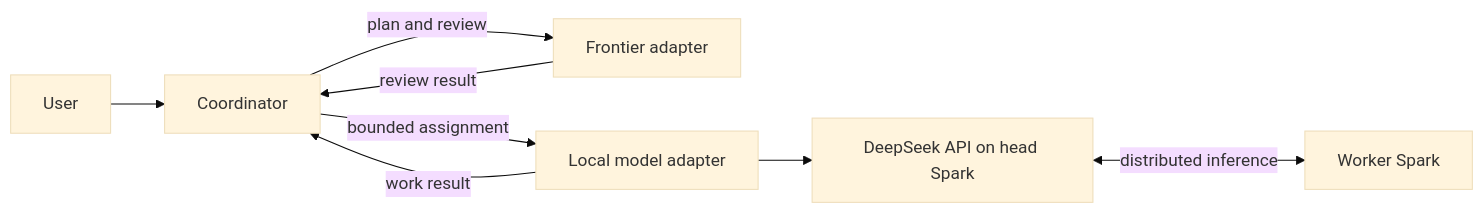
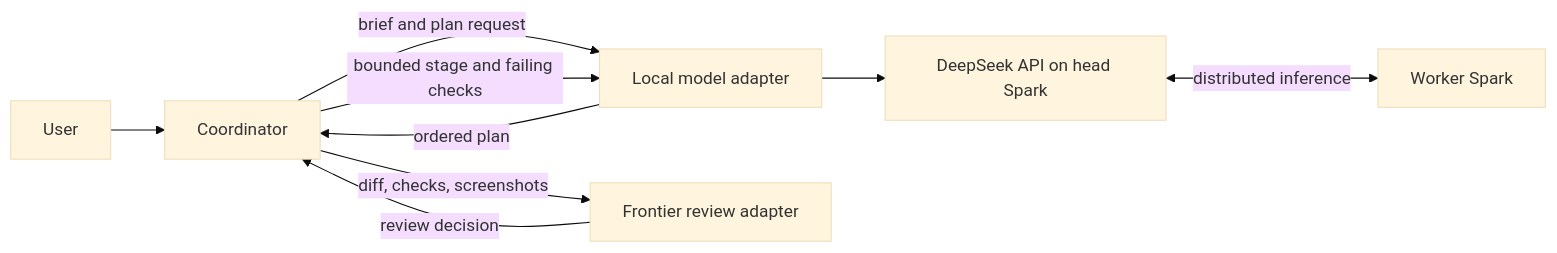
The diagram in docs/PRODUCT_CONTEXT.md (TanujBuilds/Frontier-Orchestration), drawn with Mermaid (base theme) before and after one commit. The commit also changed other lines of this file and 22 other files, not shown here.

First line of the commit message:
Restrict Codex to review: DeepSeek plans, checks gate every review call

````diff
--- a/docs/PRODUCT_CONTEXT.md
+++ b/docs/PRODUCT_CONTEXT.md
@@ -20,10 +20,11 @@
 ```mermaid
 flowchart LR
   User --> Coordinator
-  Coordinator -->|plan and review| Frontier[Frontier adapter]
-  Coordinator -->|bounded assignment| Local[Local model adapter]
+  Coordinator -->|brief and plan request| Local[Local model adapter]
+  Local -->|ordered plan| Coordinator
+  Coordinator -->|bounded stage and failing checks| Local
   Local --> Head[DeepSeek API on head Spark]
   Head <-->|distributed inference| Worker[Worker Spark]
-  Frontier -->|review result| Coordinator
-  Local -->|work result| Coordinator
+  Coordinator -->|diff, checks, screenshots| Frontier[Frontier review adapter]
+  Frontier -->|review decision| Coordinator
 ```
````
